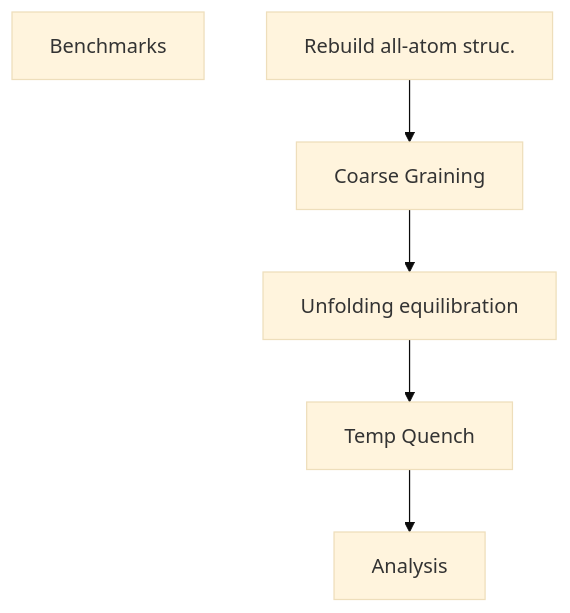
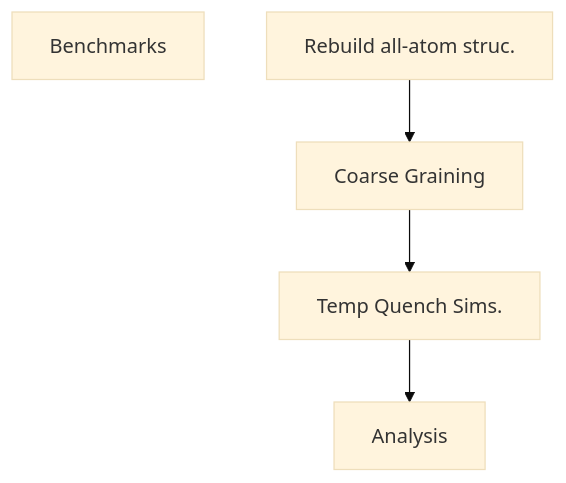
Before and after one commit to obrien-lab-psu/Failure-to-Form_Native_Entanglements: the diagram in Simulations_of_Native_Entanglement_Misfolding/README.md, drawn with Mermaid (base theme).

````diff
--- a/Simulations_of_Native_Entanglement_Misfolding/README.md
+++ b/Simulations_of_Native_Entanglement_Misfolding/README.md
@@ -6,10 +6,11 @@
 ```mermaid
 graph TD
     A[Benchmarks]
-    B[Rebuild all-atom struc.] --> C[Coarse Graining] --> D[Unfolding equilibration] 
-    D --> E[Temp Quench] --> F[Analysis]
+    B[Rebuild all-atom struc.] --> C[Coarse Graining] --> D[Temp Quench Sims.] 
+    D --> F[Analysis]
     click A "https://github.com/obrien-lab-psu/Failure-to-Form_Native_Entanglements/tree/main/Simulations_of_Native_Entanglement_Misfolding/Benchmarks"
     click B "https://github.com/obrien-lab-psu/Failure-to-Form_Native_Entanglements/tree/main/Simulations_of_Native_Entanglement_Misfolding/Rebuild_AllAtom_structures"
     click C "https://github.com/obrien-lab-psu/Failure-to-Form_Native_Entanglements/tree/main/Simulations_of_Native_Entanglement_Misfolding/Coarse_Graining_Model"
+    click D "https://github.com/obrien-lab-psu/Failure-to-Form_Native_Entanglements/tree/main/Simulations_of_Native_Entanglement_Misfolding/Temp_Quench_Dynamics"
     
 ```
````
